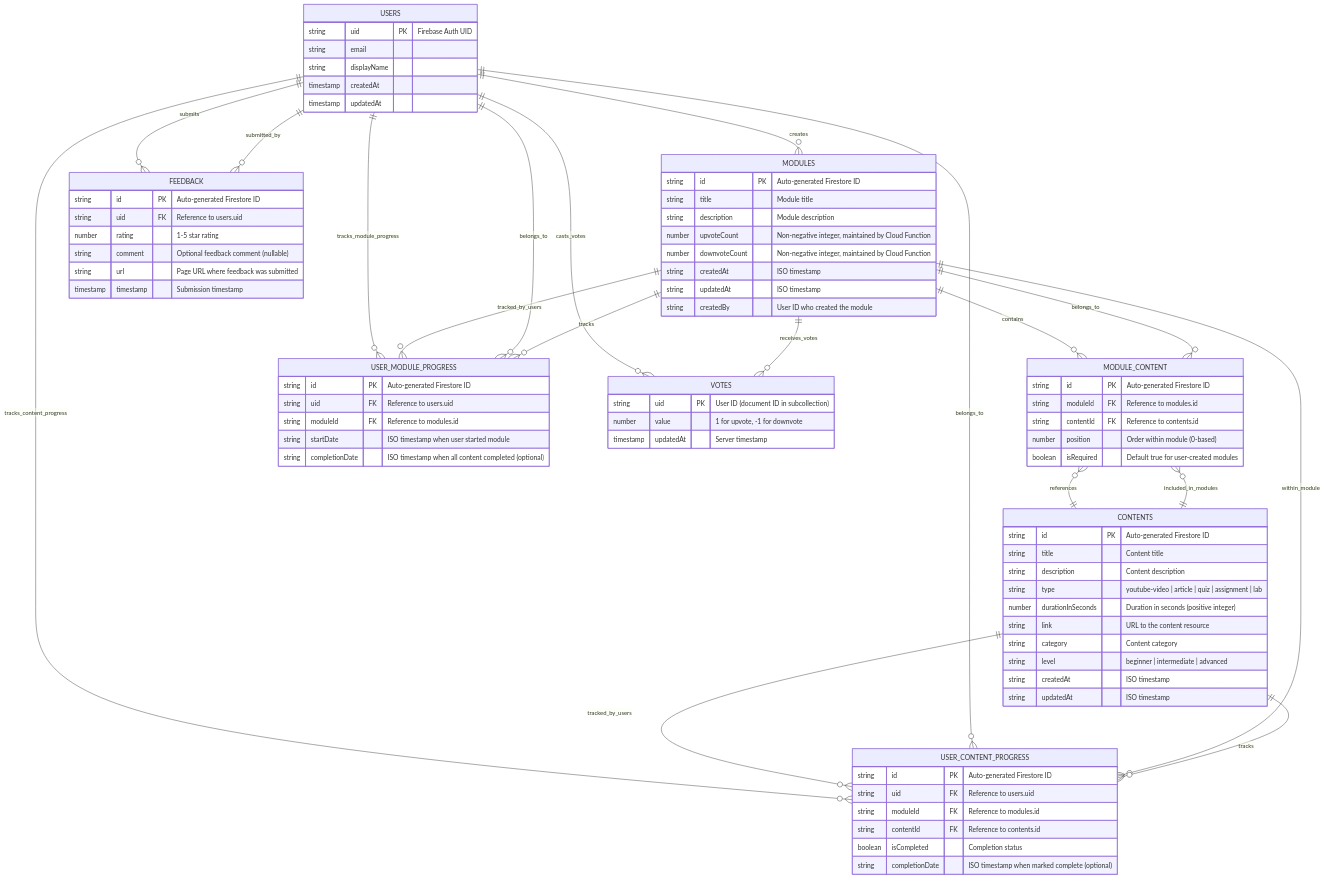
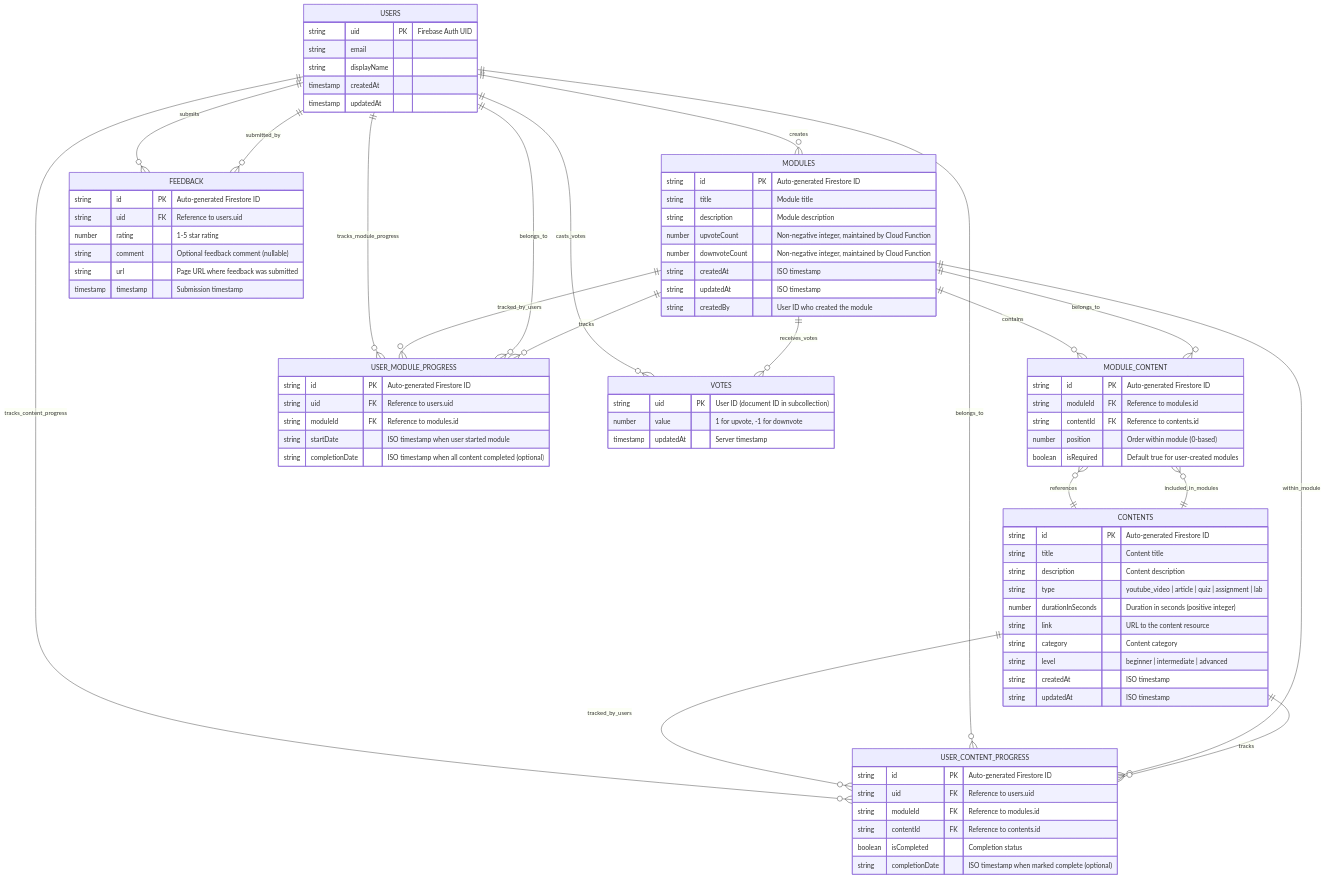
The diagram in database-model-diagram.md (mathvencovsky/StudAI_Layout), drawn with Mermaid before and after one commit. The commit also changed 77 other files, not shown here.

Commit message:
feat: add data schemas

```diff
--- a/database-model-diagram.md
+++ b/database-model-diagram.md
@@ -17,7 +17,7 @@
         string id PK "Auto-generated Firestore ID"
         string title "Content title"
         string description "Content description"
-        string type "youtube-video | article | quiz | assignment | lab"
+        string type "youtube_video | article | quiz | assignment | lab"
         number durationInSeconds "Duration in seconds (positive integer)"
         string link "URL to the content resource"
         string category "Content category"
```
